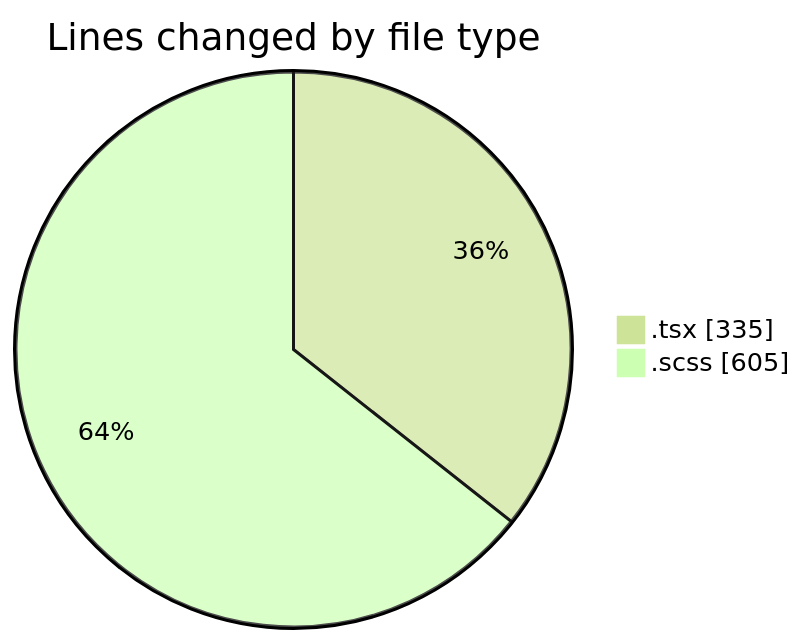
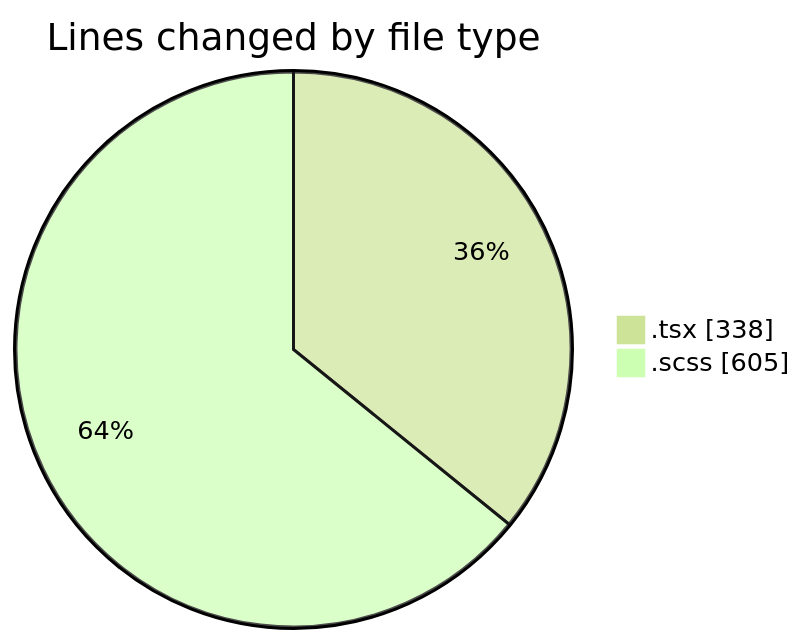
One commit to momahboobian/code-tracking changed the first of 2 diagrams in 2025-03-27/cda/README.md. Above: the diagram before and after it, drawn with Mermaid (forest theme). The commit also changed other lines of this file and 1 other file, not shown here.

````diff
--- a/2025-03-27/cda/README.md
+++ b/2025-03-27/cda/README.md
@@ -21,6 +21,6 @@
 ```mermaid
 pie showData
 title Lines changed by file type
-".tsx" : 335
+".tsx" : 338
 ".scss" : 605
 ```
````
